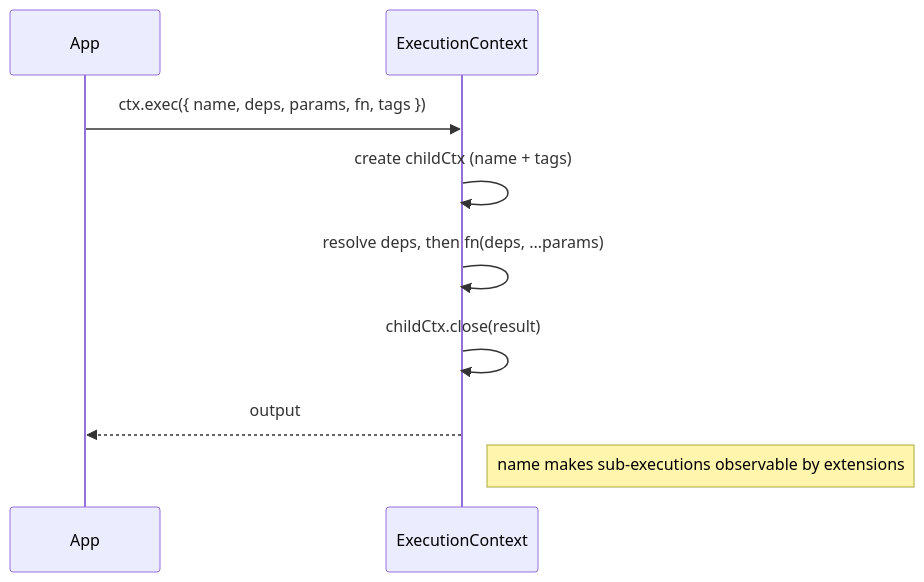
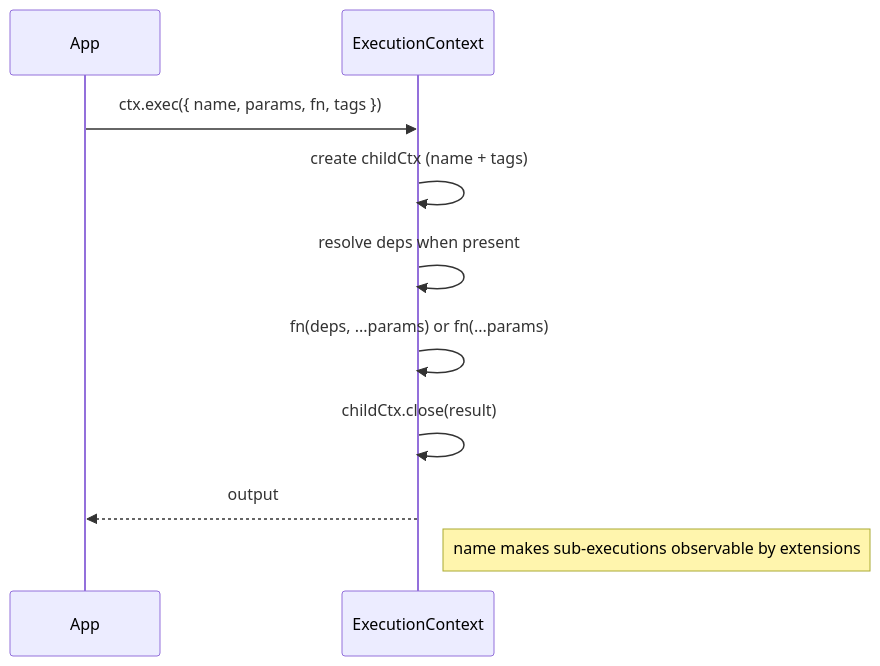
Diagram 11 of 12 in pkg/core/lite/PATTERNS.md (pumped-fn/pumped-fn), drawn with Mermaid before and after one commit. The commit also changed other lines of this file and 31 other files, not shown here.

````diff
--- a/pkg/core/lite/PATTERNS.md
+++ b/pkg/core/lite/PATTERNS.md
@@ -447,12 +448,13 @@
 ```mermaid
 sequenceDiagram
     participant App
     participant Ctx as ExecutionContext
 
-    App->>Ctx: ctx.exec({ name, deps, params, fn, tags })
+    App->>Ctx: ctx.exec({ name, params, fn, tags })
     Ctx->>Ctx: create childCtx (name + tags)
-    Ctx->>Ctx: resolve deps, then fn(deps, ...params)
+    Ctx->>Ctx: resolve deps when present
+    Ctx->>Ctx: fn(deps, ...params) or fn(...params)
     Ctx->>Ctx: childCtx.close(result)
     Ctx-->>App: output
     Note right of Ctx: name makes sub-executions observable by extensions
 ```
````
